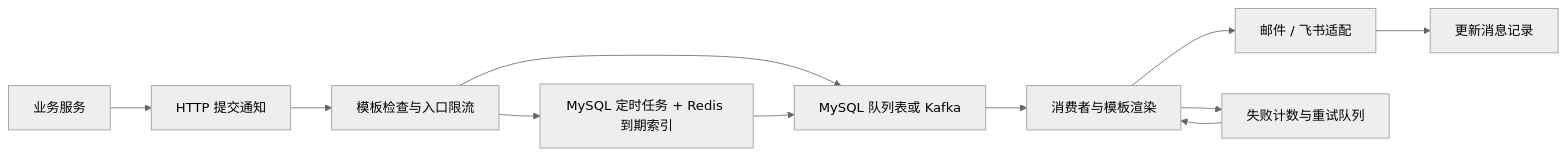
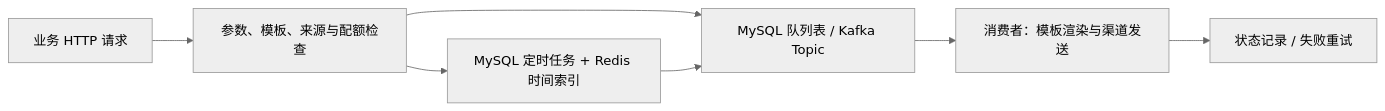
The diagram in README.md (WoAiXueXiHa/MsgMate), drawn with Mermaid (neutral theme) before and after one commit. The commit also changed other lines of this file and 3 other files, not shown here.

````diff
--- a/README.md
+++ b/README.md
@@ -18,13 +15,9 @@
 ```mermaid
 flowchart LR
-    B[业务服务] --> A[HTTP 提交通知]
-    A --> V[模板检查与入口限流]
-    V --> Q[MySQL 队列表或 Kafka]
-    V --> T[MySQL 定时任务 + Redis 到期索引]
+    B[业务 HTTP 请求] --> A[参数、模板、来源与配额检查]
+    A --> Q[MySQL 队列表 / Kafka Topic]
+    A --> T[MySQL 定时任务 + Redis 时间索引]
     T --> Q
-    Q --> C[消费者与模板渲染]
-    C --> H[邮件 / 飞书适配]
-    H --> R[更新消息记录]
-    C --> F[失败计数与重试队列]
-    F --> C
+    Q --> C[消费者：模板渲染与渠道发送]
+    C --> R[状态记录 / 失败重试]
 ```
````
